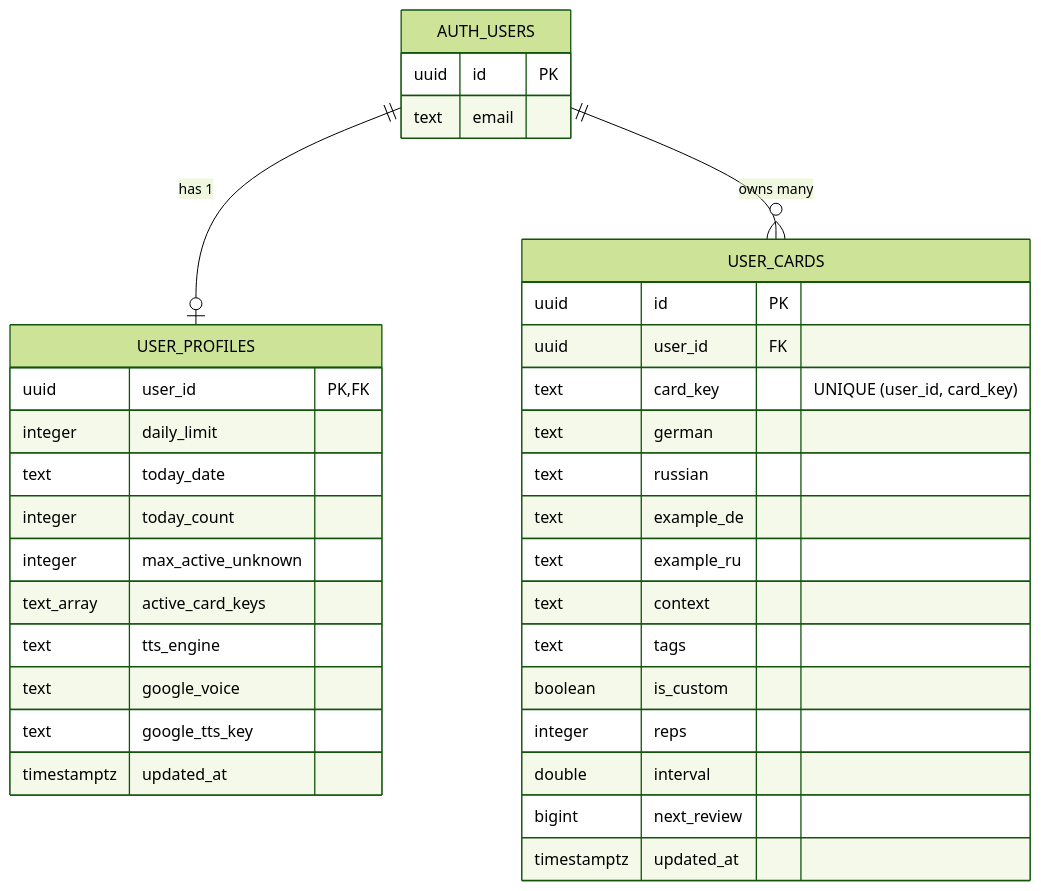
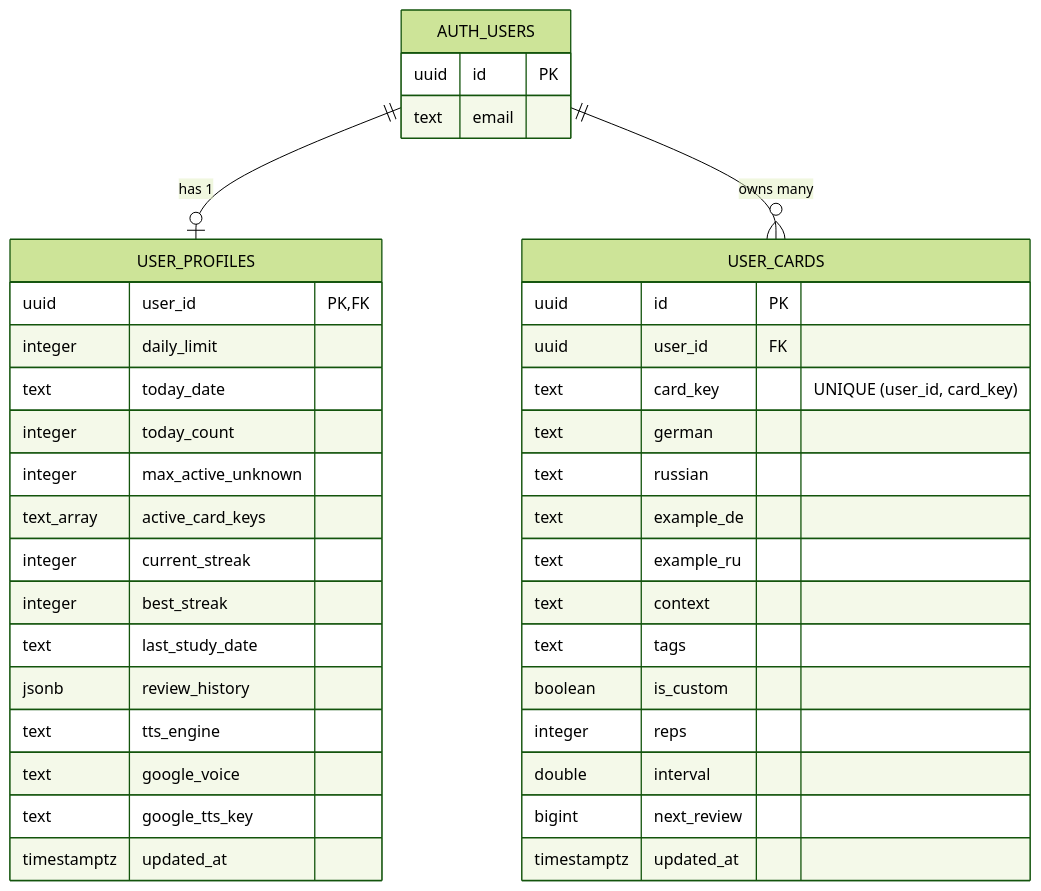
One commit to an2ancan/anki changed the second of 5 diagrams in ARCHITECTURE.md. Above: the diagram before and after it, drawn with Mermaid (forest theme). The commit also changed other lines of this file and 9 other files, not shown here.

Commit message:
feat: add statistics tracking with streak management and review history

````diff
--- a/ARCHITECTURE.md
+++ b/ARCHITECTURE.md
@@ -112,40 +113,44 @@
 ```mermaid
 erDiagram
   AUTH_USERS ||--o| USER_PROFILES : "has 1"
   AUTH_USERS ||--o{ USER_CARDS : "owns many"
 
   AUTH_USERS {
     uuid id PK
     text email
   }
 
   USER_PROFILES {
     uuid user_id PK,FK
     integer daily_limit
     text today_date
     integer today_count
     integer max_active_unknown
     text_array active_card_keys
+    integer current_streak
+    integer best_streak
+    text last_study_date
+    jsonb review_history
     text tts_engine
     text google_voice
     text google_tts_key
     timestamptz updated_at
   }
 
   USER_CARDS {
     uuid id PK
     uuid user_id FK
     text card_key "UNIQUE (user_id, card_key)"
     text german
     text russian
     text example_de
     text example_ru
     text context
     text tags
     boolean is_custom
     integer reps
     double interval
     bigint next_review
     timestamptz updated_at
   }
 ```
````
